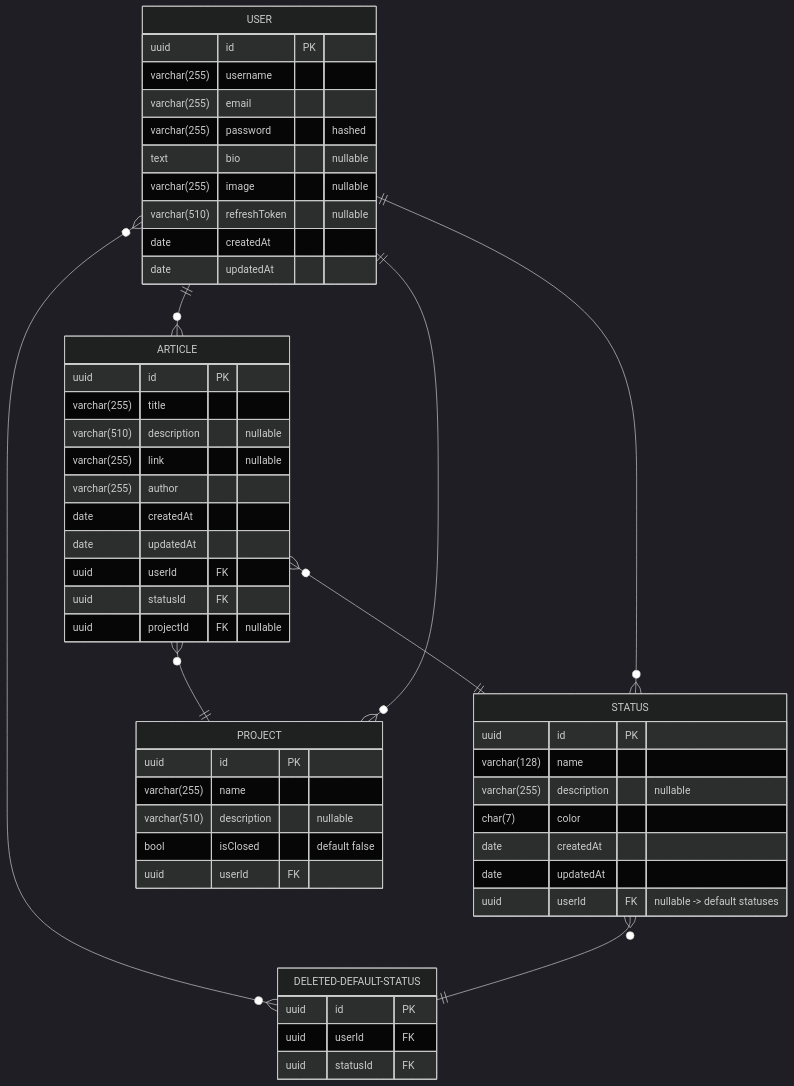
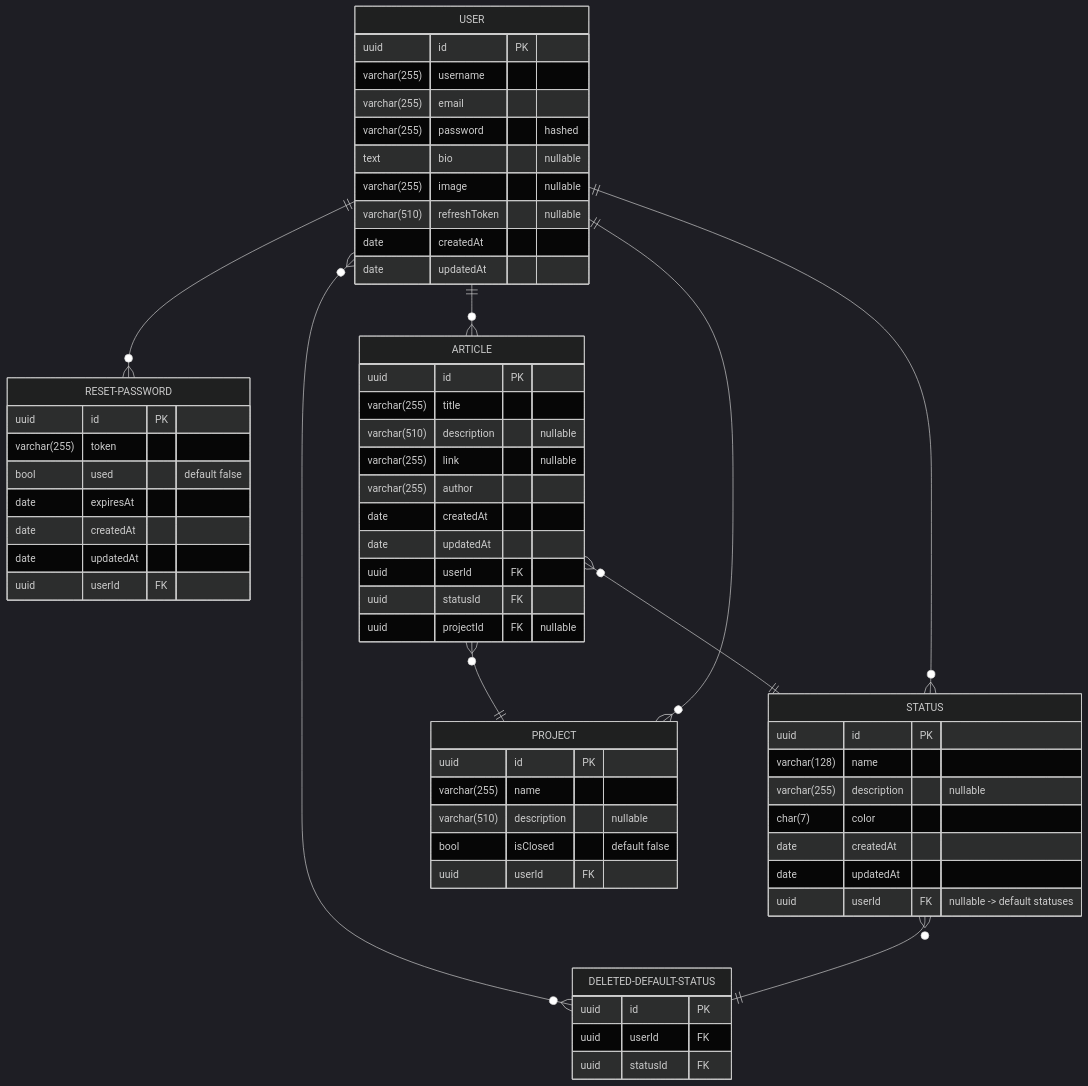
Before and after one commit to lutzzdias/artisync: the diagram in docs/entity-relationship.md, drawn with Mermaid.

Commit message:
docs: add ResetPassword to ERD

````diff
--- a/docs/entity-relationship.md
+++ b/docs/entity-relationship.md
@@ -3,69 +3,81 @@
 ```mermaid
 erDiagram
 %%{init: {'theme':'dark'}}%%
 
     USER {
         uuid id PK
         varchar(255) username
         varchar(255) email
         varchar(255) password "hashed"
         text bio "nullable"
         varchar(255) image "nullable"
         varchar(510) refreshToken "nullable"
         date createdAt
         date updatedAt
+    }
+
+    RESET-PASSWORD {
+        uuid id PK
+        varchar(255) token
+        bool used "default false"
+        date expiresAt
+        date createdAt
+        date updatedAt
+
+        uuid userId FK
     }
 
     ARTICLE {
         uuid id PK
         varchar(255) title
         varchar(510) description "nullable"
         varchar(255) link "nullable"
         varchar(255) author
         date createdAt
         date updatedAt
 
         uuid userId FK
         uuid statusId FK
         uuid projectId FK "nullable"
     }
 
     STATUS {
         uuid id PK
         varchar(128) name
         varchar(255) description "nullable"
         char(7) color
         date createdAt
         date updatedAt
 
         uuid userId FK "nullable -> default statuses"
     }
 
     DELETED-DEFAULT-STATUS {
         uuid id PK
 
         uuid userId FK
         uuid statusId FK
     }
 
     PROJECT {
         uuid id PK
         varchar(255) name
         varchar(510) description "nullable"
         bool isClosed "default false"
 
         uuid userId FK     
     }
 
     
     ARTICLE 0+ to 1 STATUS : ""
     ARTICLE 0+ to 1 PROJECT : ""
 
     USER 0+ to 0+ DELETED-DEFAULT-STATUS : ""
     USER 1 to 0+ ARTICLE : ""
     USER 1 to 0+ STATUS : ""
     USER 1 to 0+ PROJECT : ""
+    USER 1 to 0+ RESET-PASSWORD : ""
 
     STATUS 0+ to 1 DELETED-DEFAULT-STATUS : ""
     
 ```
````
